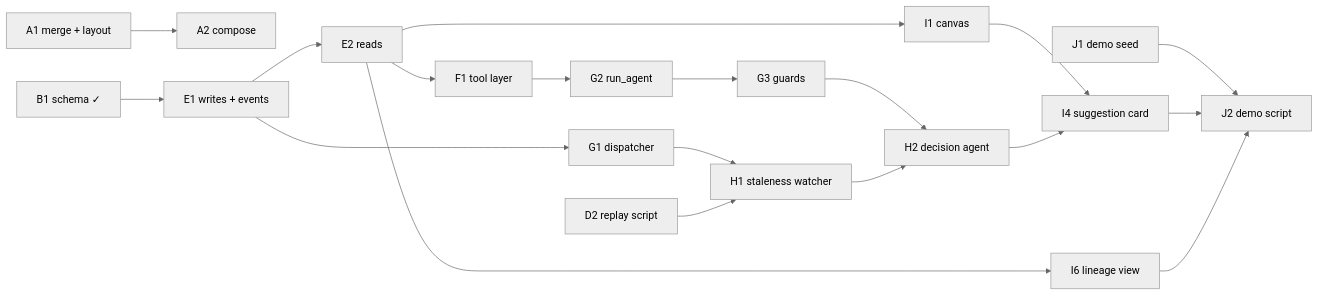
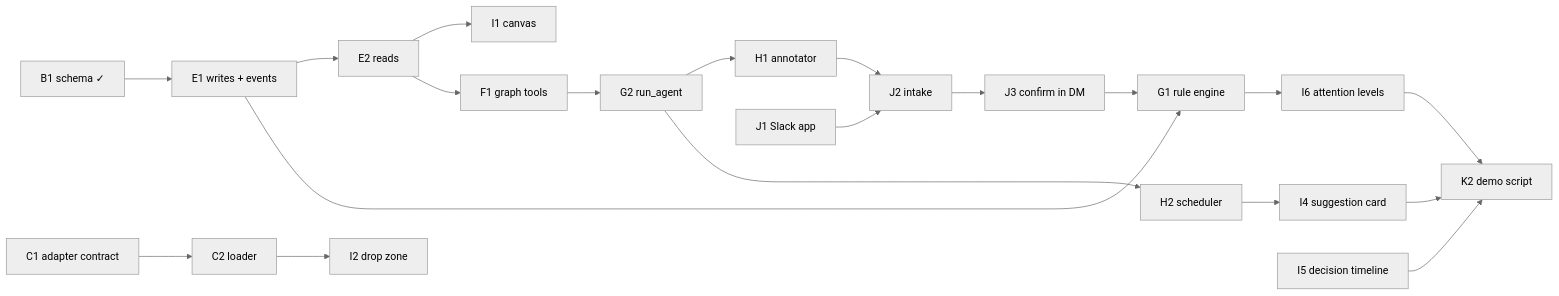
One commit to shermanry/agentic_project_management_aetech2026 changed the diagram in Sharare/build-breakdown.md. Above: the diagram before and after it, drawn with Mermaid (neutral theme). The commit also changed other lines of this file and 3 other files, not shown here.

First line of the commit message:
Align decision engine with Ryan's backbone decisions

````diff
--- a/Sharare/build-breakdown.md
+++ b/Sharare/build-breakdown.md
@@ -156,15 +181,14 @@
 ```mermaid
 flowchart LR
-    A1[A1 merge + layout] --> A2[A2 compose]
-    B1[B1 schema ✓] --> E1[E1 writes + events] --> E2[E2 reads]
-    E2 --> I1[I1 canvas] --> I4[I4 suggestion card]
-    E2 --> I6[I6 lineage view]
-    E1 --> G1[G1 dispatcher] --> H1[H1 staleness watcher]
-    E2 --> F1[F1 tool layer] --> G2[G2 run_agent] --> G3[G3 guards] --> H2[H2 decision agent]
-    H1 --> H2
-    D2[D2 replay script] --> H1
-    H2 --> I4
-    J1[J1 demo seed] --> J2[J2 demo script]
-    I4 --> J2
-    I6 --> J2
+    B1[B1 schema ✓] --> E1[E1 writes + events] --> E2[E2 reads] --> I1[I1 canvas]
+    E1 --> G1[G1 rule engine] --> I6[I6 attention levels]
+    E2 --> F1[F1 graph tools] --> G2[G2 run_agent] --> H1[H1 annotator]
+    G2 --> H2[H2 scheduler] --> I4[I4 suggestion card]
+    J1[J1 Slack app] --> J2[J2 intake] --> J3[J3 confirm in DM]
+    H1 --> J2
+    J3 --> G1
+    C1[C1 adapter contract] --> C2[C2 loader] --> I2[I2 drop zone]
+    I4 --> K2[K2 demo script]
+    I6 --> K2
+    I5[I5 decision timeline] --> K2
 ```
````
